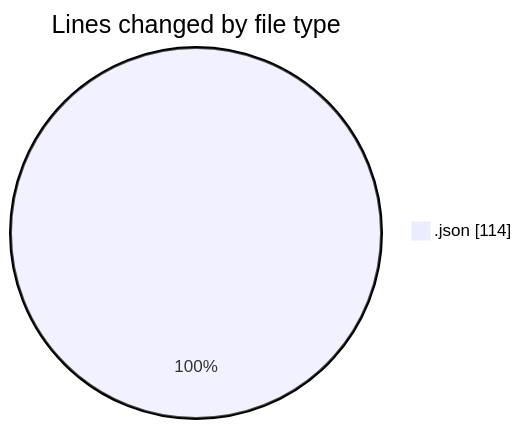
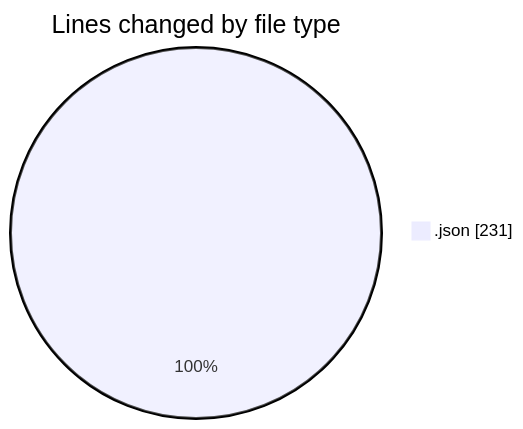
The first of 2 diagrams in 2025-04-23/pdf-analysis-app/README.md (momahboobian/code-tracking), drawn with Mermaid before and after one commit. The commit also changed other lines of this file and 1 other file, not shown here.

````diff
--- a/2025-04-23/pdf-analysis-app/README.md
+++ b/2025-04-23/pdf-analysis-app/README.md
@@ -20,5 +20,5 @@
 ```mermaid
 pie showData
 title Lines changed by file type
-".json" : 114
+".json" : 231
 ```
````
